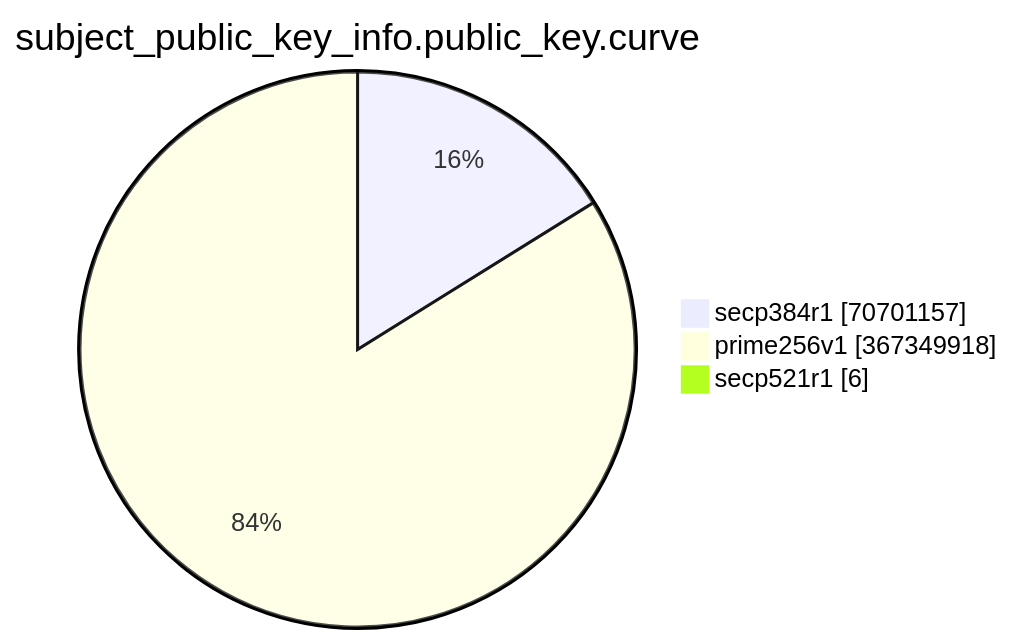
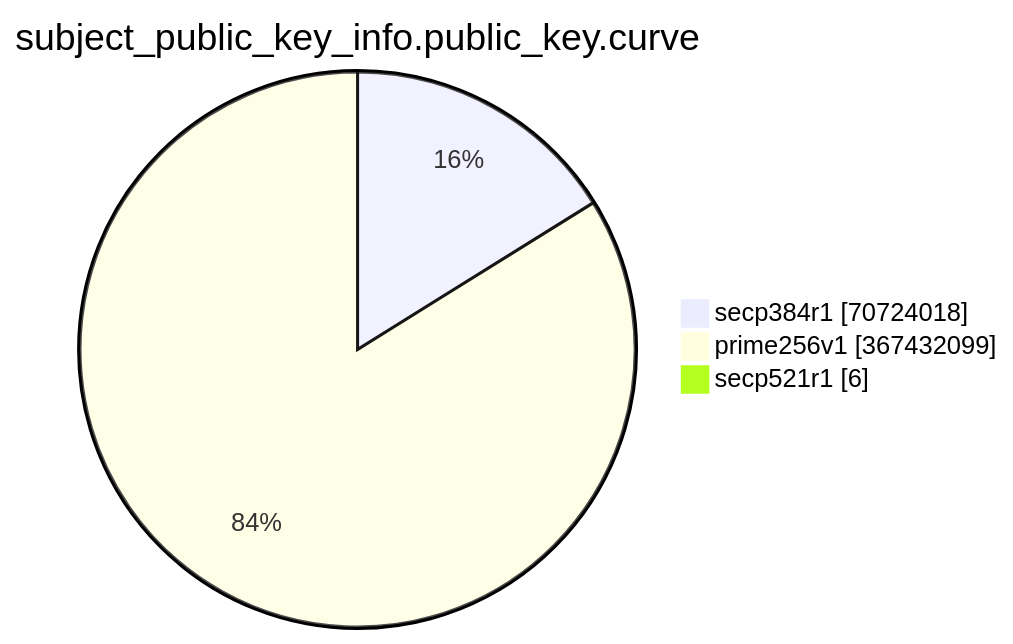
Before and after one commit to christiankrug/ctmonitor_visualization: the eighth of 15 diagrams in TOTAL/README.md, drawn with Mermaid. The commit also changed other lines of this file, not shown here.

````diff
--- a/TOTAL/README.md
+++ b/TOTAL/README.md
@@ -3094,7 +3094,7 @@
 ```mermaid
 pie showData
 title subject_public_key_info.public_key.curve
-"secp384r1" :70701157
-"prime256v1" :367349918
+"secp384r1" :70724018
+"prime256v1" :367432099
 "secp521r1" :6
 ```
````
